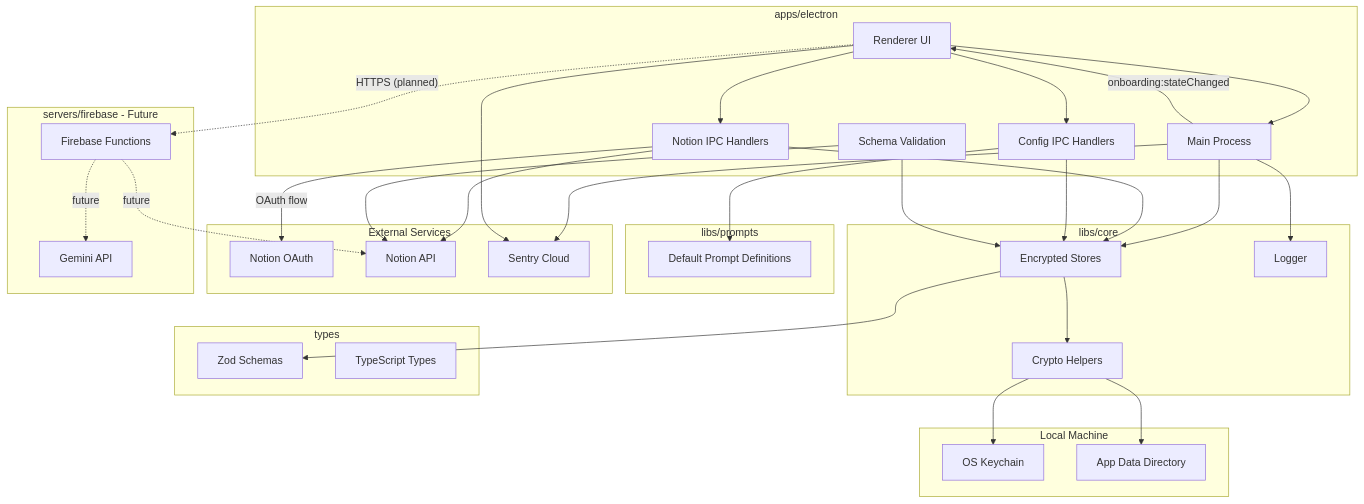
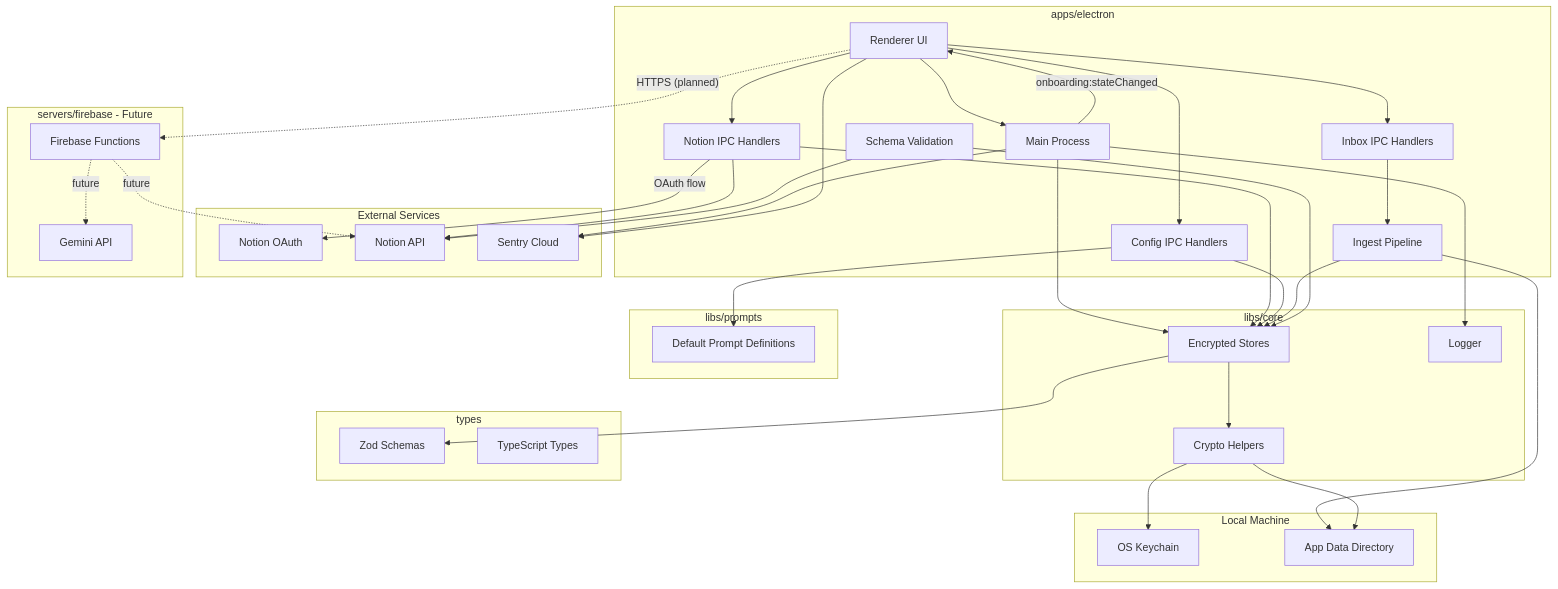
One commit to hcwiley/flwst changed the diagram in ARCH.md. Above: the diagram before and after it, drawn with Mermaid. The commit also changed other lines of this file and 26 other files, not shown here.

````diff
--- a/ARCH.md
+++ b/ARCH.md
@@ -42,65 +43,71 @@
 ```mermaid
 flowchart TD
   subgraph App[apps/electron]
     Renderer[Renderer UI]
     Main[Main Process]
     NotionIPC[Notion IPC Handlers]
     ConfigIPC[Config IPC Handlers]
+    InboxIPC[Inbox IPC Handlers]
+    Ingest[Ingest Pipeline]
     SchemaValidation[Schema Validation]
   end
 
   subgraph Core[libs/core]
     Stores[Encrypted Stores]
     Crypto[Crypto Helpers]
     Logger[Logger]
   end
 
   subgraph Types[types]
     ZodSchemas[Zod Schemas]
     TypeDefs[TypeScript Types]
   end
 
   subgraph Prompts[libs/prompts]
     PromptDefs[Default Prompt Definitions]
   end
 
   subgraph Local[Local Machine]
     Keychain[OS Keychain]
     Files[App Data Directory]
   end
 
   subgraph External[External Services]
     NotionOAuth[Notion OAuth]
     NotionAPI[Notion API]
     SentryAPI[Sentry Cloud]
   end
 
   subgraph Firebase[servers/firebase - Future]
     Functions[Firebase Functions]
     Gemini[Gemini API]
   end
 
   Renderer --> Main
   Renderer --> NotionIPC
   Renderer --> ConfigIPC
+  Renderer --> InboxIPC
   Main -->|"onboarding:stateChanged"| Renderer
   Main --> Stores
   NotionIPC --> NotionAPI
   NotionIPC -->|OAuth flow| NotionOAuth
   NotionIPC --> Stores
   ConfigIPC --> Stores
   ConfigIPC --> PromptDefs
+  InboxIPC --> Ingest
+  Ingest --> Files
+  Ingest --> Stores
   SchemaValidation --> NotionAPI
   SchemaValidation --> Stores
   Stores --> Crypto
   Stores --> ZodSchemas
   Crypto --> Keychain
   Crypto --> Files
   Main --> Logger
   Main --> SentryAPI
   Renderer --> SentryAPI
 
   Renderer -.->|"HTTPS (planned)"| Functions
   Functions -.->|future| Gemini
   Functions -.->|future| NotionAPI
 ```
````
